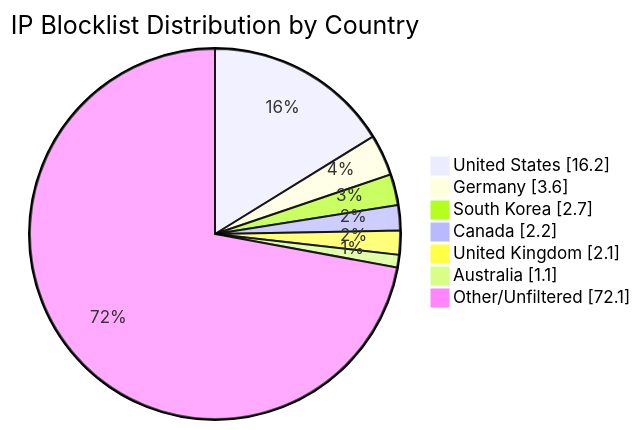
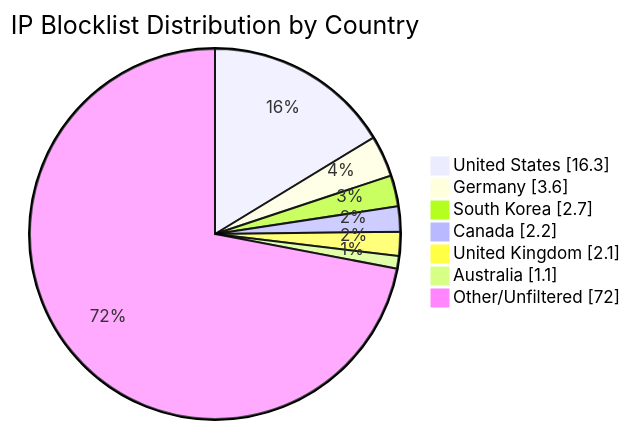
One commit to MarcusHoltz/ipblocklist-geofiltered-aggregator changed the diagram in README.md. Above: the diagram before and after it, drawn with Mermaid. The commit also changed other lines of this file and 9 other files, not shown here.

````diff
--- a/README.md
+++ b/README.md
@@ -34,10 +34,10 @@
 ```mermaid
 pie showData title IP Blocklist Distribution by Country
-"United States" : 16.2
+"United States" : 16.3
 "Germany" : 3.6
 "South Korea" : 2.7
 "Canada" : 2.2
 "United Kingdom" : 2.1
 "Australia" : 1.1
-"Other/Unfiltered" : 72.1
+"Other/Unfiltered" : 72.0
 ```
````
